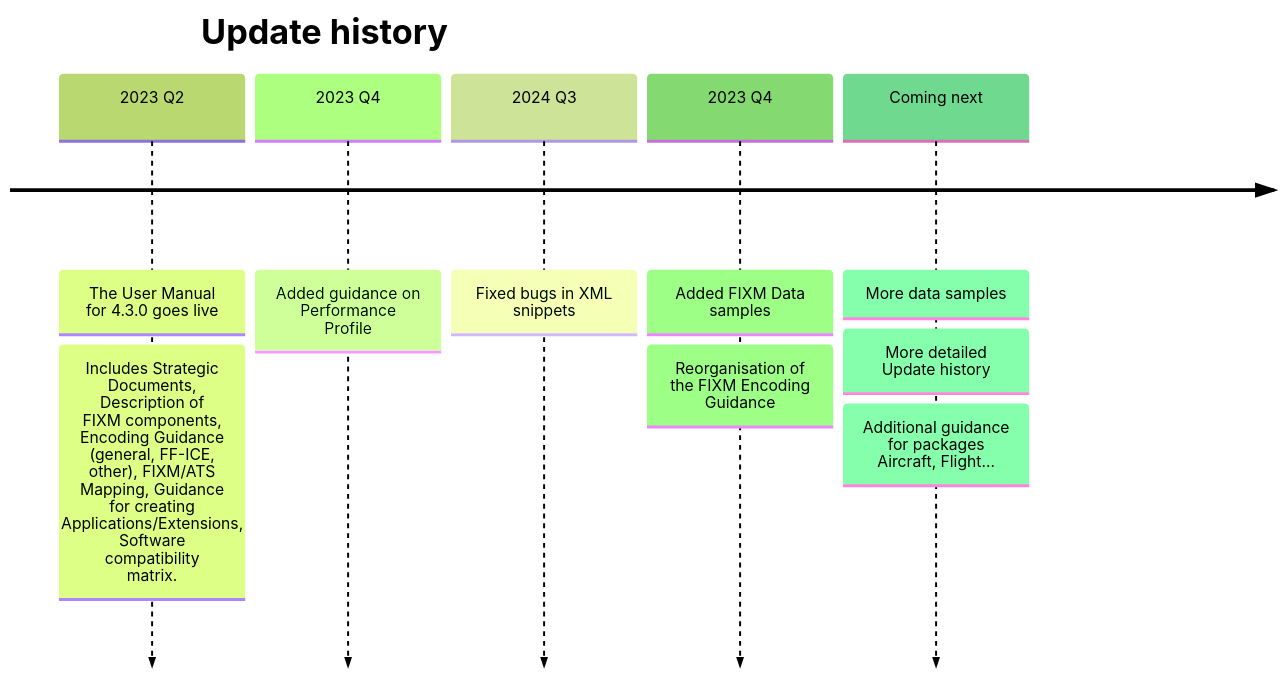
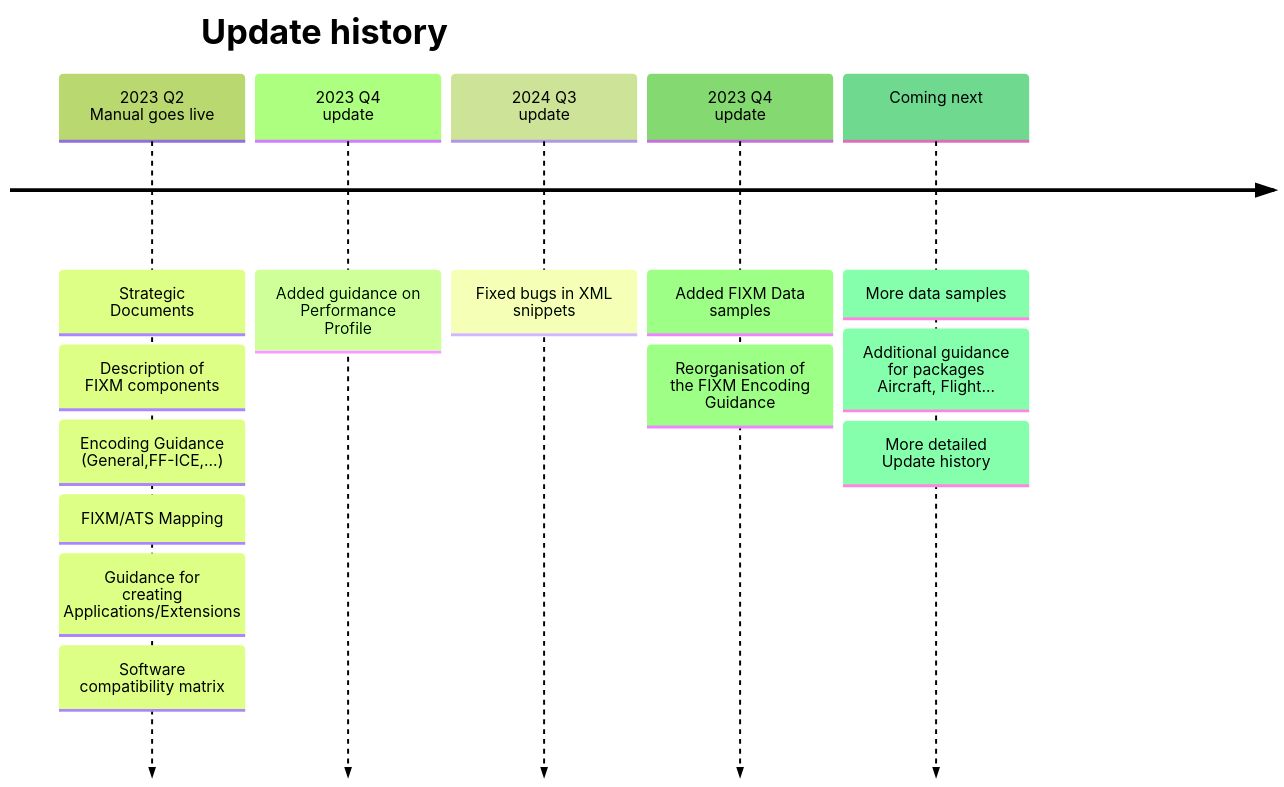
Before and after one commit to fixm-ccb/sandbox: the diagram in docs/topic3/test_fx_flight.md, drawn with Mermaid.

````diff
--- a/docs/topic3/test_fx_flight.md
+++ b/docs/topic3/test_fx_flight.md
@@ -5,14 +5,19 @@
 ```mermaid
 %%{init: { 'logLevel': 'debug', 'theme': 'forest' } }%%
 timeline
   title Update history
-    2023 Q2 : The User Manual for 4.3.0 goes live
-            : Includes Strategic Documents, Description of FIXM components, Encoding Guidance (general, FF-ICE, other), FIXM/ATS Mapping, Guidance for creating Applications/Extensions, Software compatibility matrix.
-    2023 Q4 : Added guidance on Performance Profile
-    2024 Q3 : Fixed bugs in XML snippets
-    2023 Q4 : Added FIXM Data samples
-            : Reorganisation of the FIXM Encoding Guidance            
+    2023 Q2 <br> Manual goes live 
+            : Strategic Documents
+            : Description of FIXM components
+            : Encoding Guidance (General,FF-ICE,...)
+            : FIXM/ATS Mapping
+            : Guidance for creating Applications/Extensions
+            : Software compatibility matrix
+    2023 Q4 <br> update: Added guidance on Performance Profile
+    2024 Q3 <br> update: Fixed bugs in XML snippets
+    2023 Q4 <br> update: Added FIXM Data samples
+                       : Reorganisation of the FIXM Encoding Guidance            
     Coming next : More data samples
-                : More detailed Update history
                 : Additional guidance for packages Aircraft, Flight...
+                : More detailed Update history 
 ```
````
